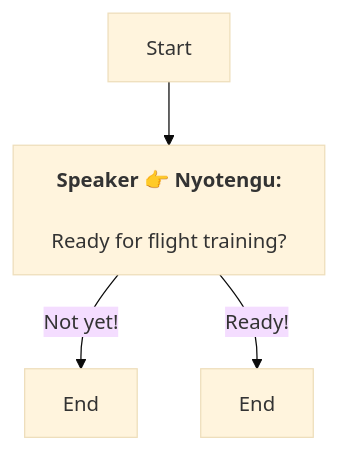
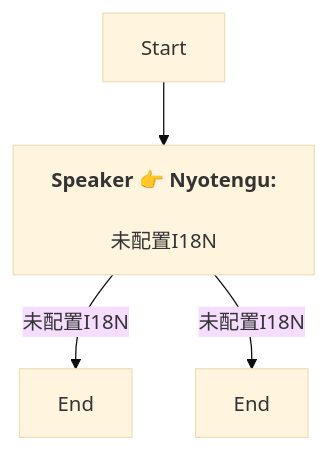
Before and after one commit to SoftHu/tos_avg: the diagram in En/QuestTalkObjectiveNode_1753215920590245.md, drawn with Mermaid (base theme). The commit also changed 730 other files, not shown here.

````diff
--- a/En/QuestTalkObjectiveNode_1753215920590245.md
+++ b/En/QuestTalkObjectiveNode_1753215920590245.md
@@ -1,8 +1,8 @@
 ```mermaid
 graph
 Start -->1753215953851816[<b>Speaker 👉 Nyotengu:</b>
-\nReady for flight training?]
-1753215953851816 -->|Not yet!|1753216059639215[End]
-1753215953851816 -->|Ready!|1753216057456046[End]
+\n未配置I18N]
+1753215953851816 -->|未配置I18N|1753216057456046[End]
+1753215953851816 -->|未配置I18N|1753216059639215[End]
 
 ```
````
